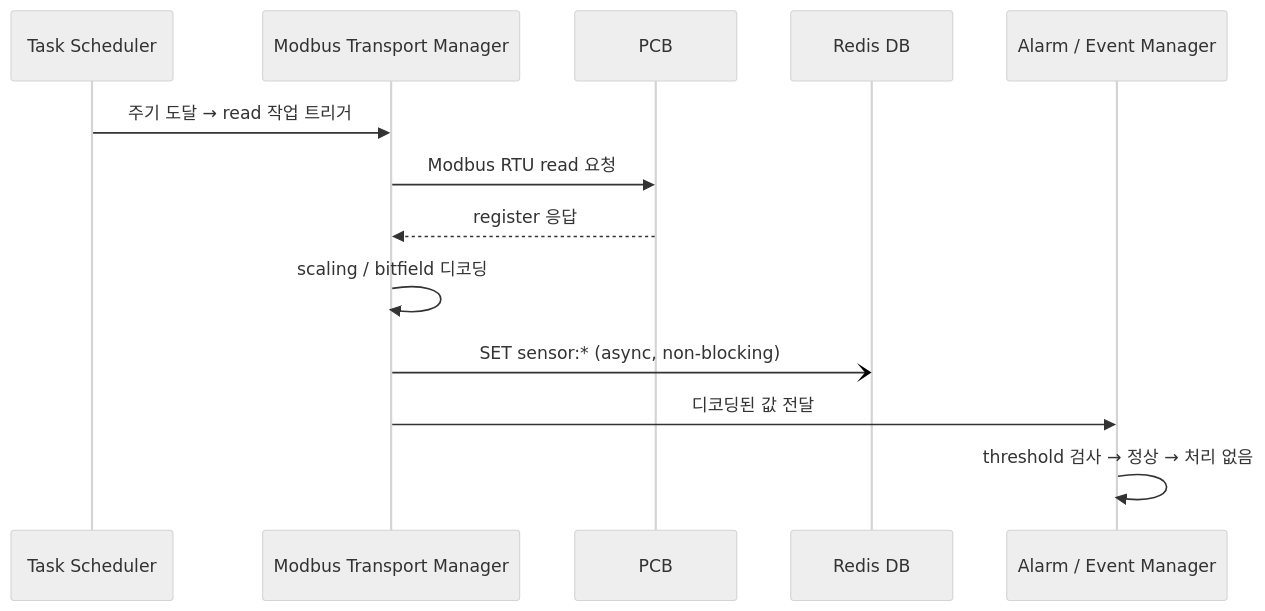
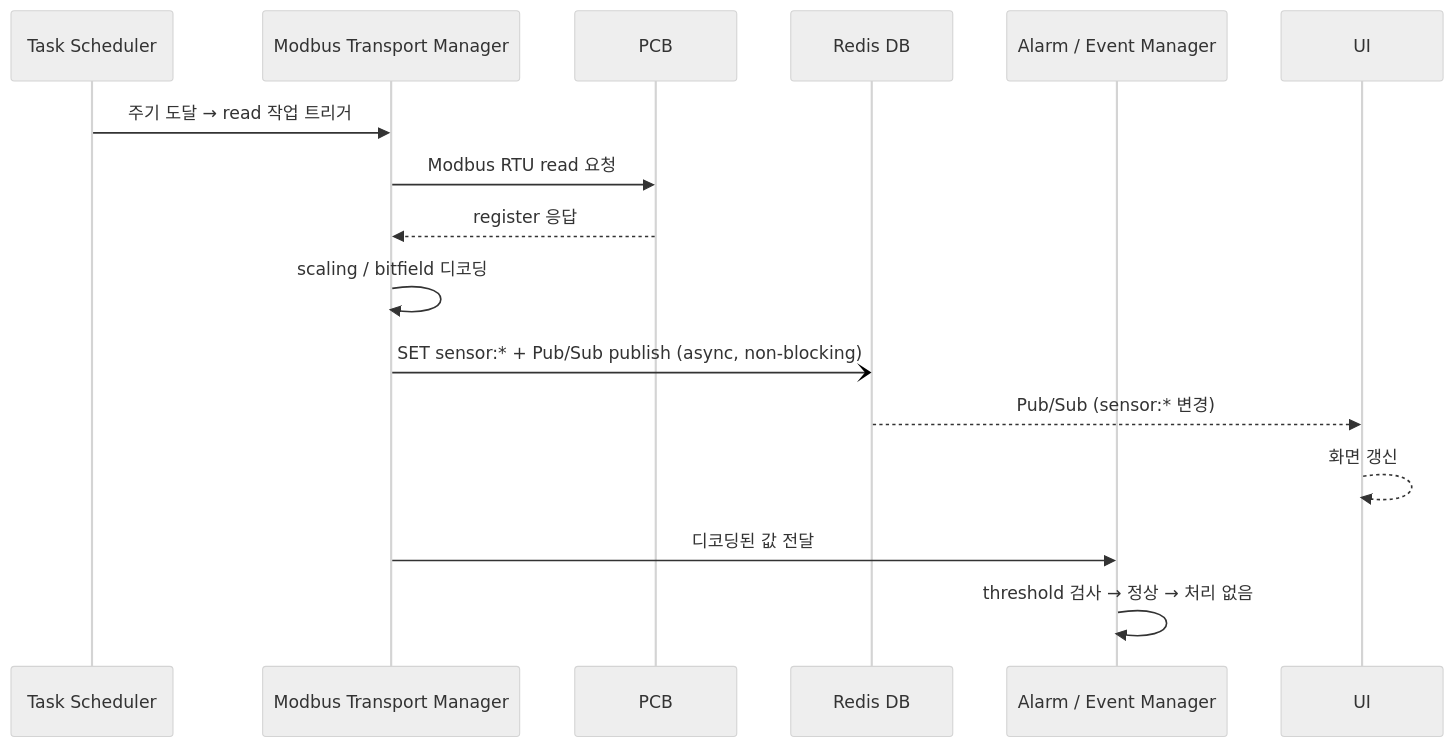
One commit to DEEPGadget/L2A_CDU_system changed the first of 4 diagrams in docs/PCG.md. Above: the diagram before and after it, drawn with Mermaid (neutral theme). The commit also changed other lines of this file and 2 other files, not shown here.

Commit message:
ui redis 값 polling => redis pub/sub 추가

````diff
--- a/docs/PCG.md
+++ b/docs/PCG.md
@@ -176,16 +177,18 @@
 ```mermaid
 sequenceDiagram
     participant PS as Task Scheduler
     participant MTM as Modbus Transport Manager
     participant PCB as PCB
     participant Redis as Redis DB
     participant AEM as Alarm / Event Manager
 
     PS->>MTM: 주기 도달 → read 작업 트리거
     MTM->>PCB: Modbus RTU read 요청
     PCB-->>MTM: register 응답
     MTM->>MTM: scaling / bitfield 디코딩
-    MTM-)Redis: SET sensor:* (async, non-blocking)
+    MTM-)Redis: SET sensor:* + Pub/Sub publish (async, non-blocking)
+    Redis-->>UI: Pub/Sub (sensor:* 변경)
+    UI-->>UI: 화면 갱신
     MTM->>AEM: 디코딩된 값 전달
     AEM->>AEM: threshold 검사 → 정상 → 처리 없음
 ```
````
